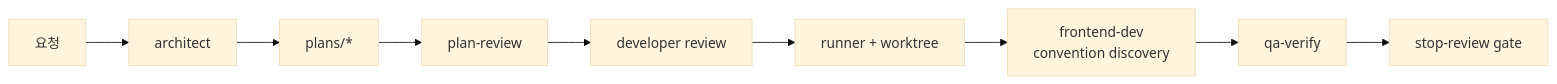
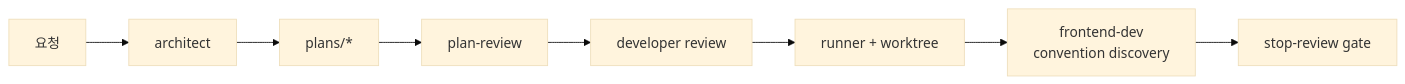
One commit to SeoJaeWan/try-claude-code changed diagram 14 of 14 in docs/claude-code-workflow-evolution.md. Above: the diagram before and after it, drawn with Mermaid (base theme). The commit also changed other lines of this file and 13 other files, not shown here.

````diff
--- a/docs/claude-code-workflow-evolution.md
+++ b/docs/claude-code-workflow-evolution.md
@@ -801,14 +799,13 @@
 ```mermaid
 flowchart LR
     U["요청"]
     ARCH["architect"]
     PLAN["plans/*"]
     COLD["plan-review"]
     DEVREV["developer review"]
     RUN["runner + worktree"]
     FE["frontend-dev<br/>convention discovery"]
-    QA["qa-verify"]
     STOP["stop-review gate"]
 
-    U --> ARCH --> PLAN --> COLD --> DEVREV --> RUN --> FE --> QA --> STOP
+    U --> ARCH --> PLAN --> COLD --> DEVREV --> RUN --> FE --> STOP
 ```
````
